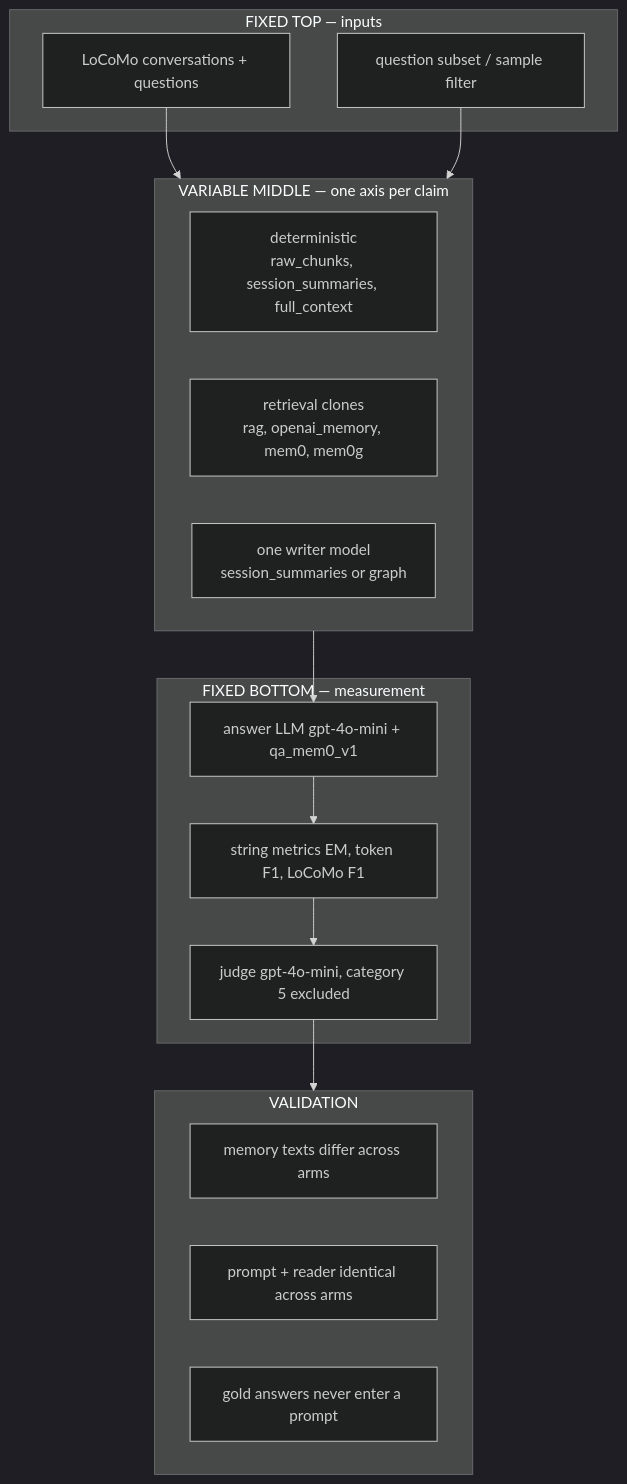
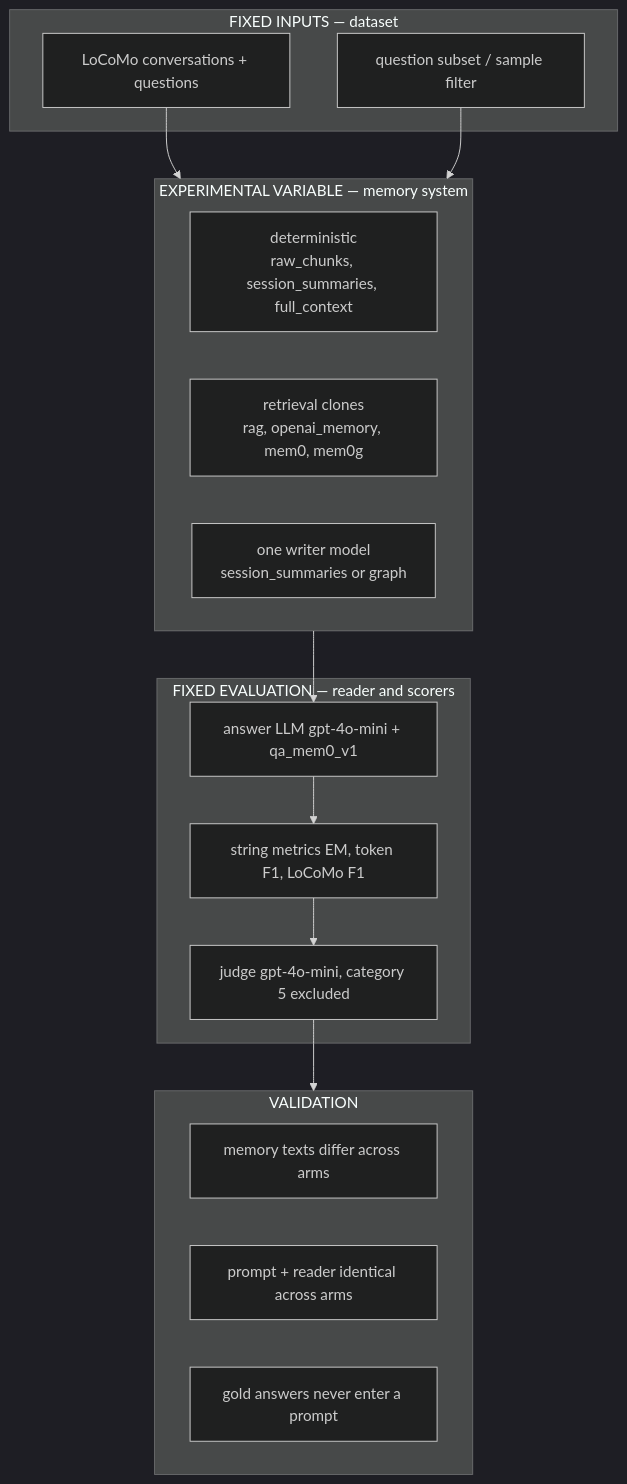
Before and after one commit to park-jsdev/long-term-memory-eval: the fourth of 12 diagrams in docs/architecture.md, drawn with Mermaid (dark theme). The commit also changed other lines of this file and 43 other files, not shown here.

````diff
--- a/docs/architecture.md
+++ b/docs/architecture.md
@@ -206,31 +264,31 @@
 ```mermaid
 flowchart TB
-  subgraph TOP["FIXED TOP — inputs"]
+  subgraph TOP["FIXED INPUTS — dataset"]
     T1["LoCoMo conversations + questions"]
     T2["question subset / sample filter"]
   end
 
-  subgraph MID["VARIABLE MIDDLE — one axis per claim"]
+  subgraph MID["EXPERIMENTAL VARIABLE — memory system"]
     direction LR
     M1["deterministic<br/>raw_chunks, session_summaries, full_context"]
     M2["retrieval clones<br/>rag, openai_memory, mem0, mem0g"]
     M3["one writer model<br/>session_summaries or graph"]
   end
 
-  subgraph BOT["FIXED BOTTOM — measurement"]
+  subgraph BOT["FIXED EVALUATION — reader and scorers"]
     B1["answer LLM gpt-4o-mini + qa_mem0_v1"]
     B2["string metrics EM, token F1, LoCoMo F1"]
     B3["judge gpt-4o-mini, category 5 excluded"]
   end
 
   subgraph VAL["VALIDATION"]
     V1["memory texts differ across arms"]
     V2["prompt + reader identical across arms"]
     V3["gold answers never enter a prompt"]
   end
 
   T1 --> MID
   T2 --> MID
   MID --> B1 --> B2 --> B3
   B3 --> VAL
 ```
````
